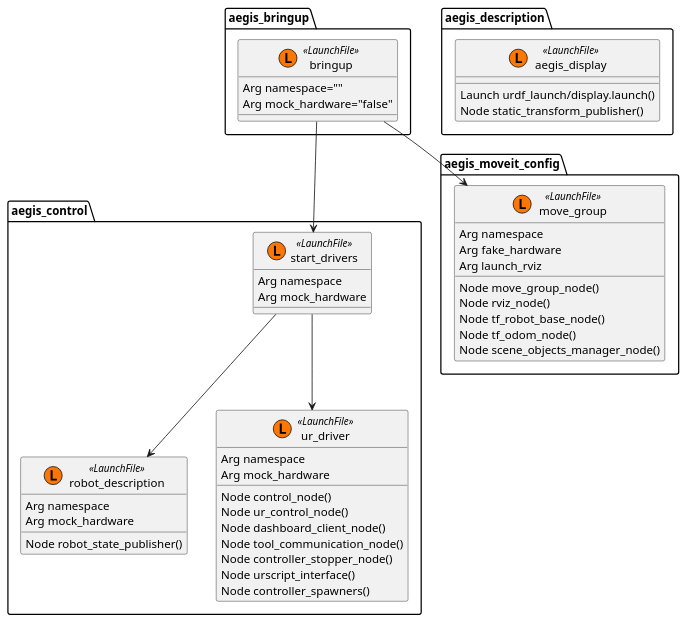
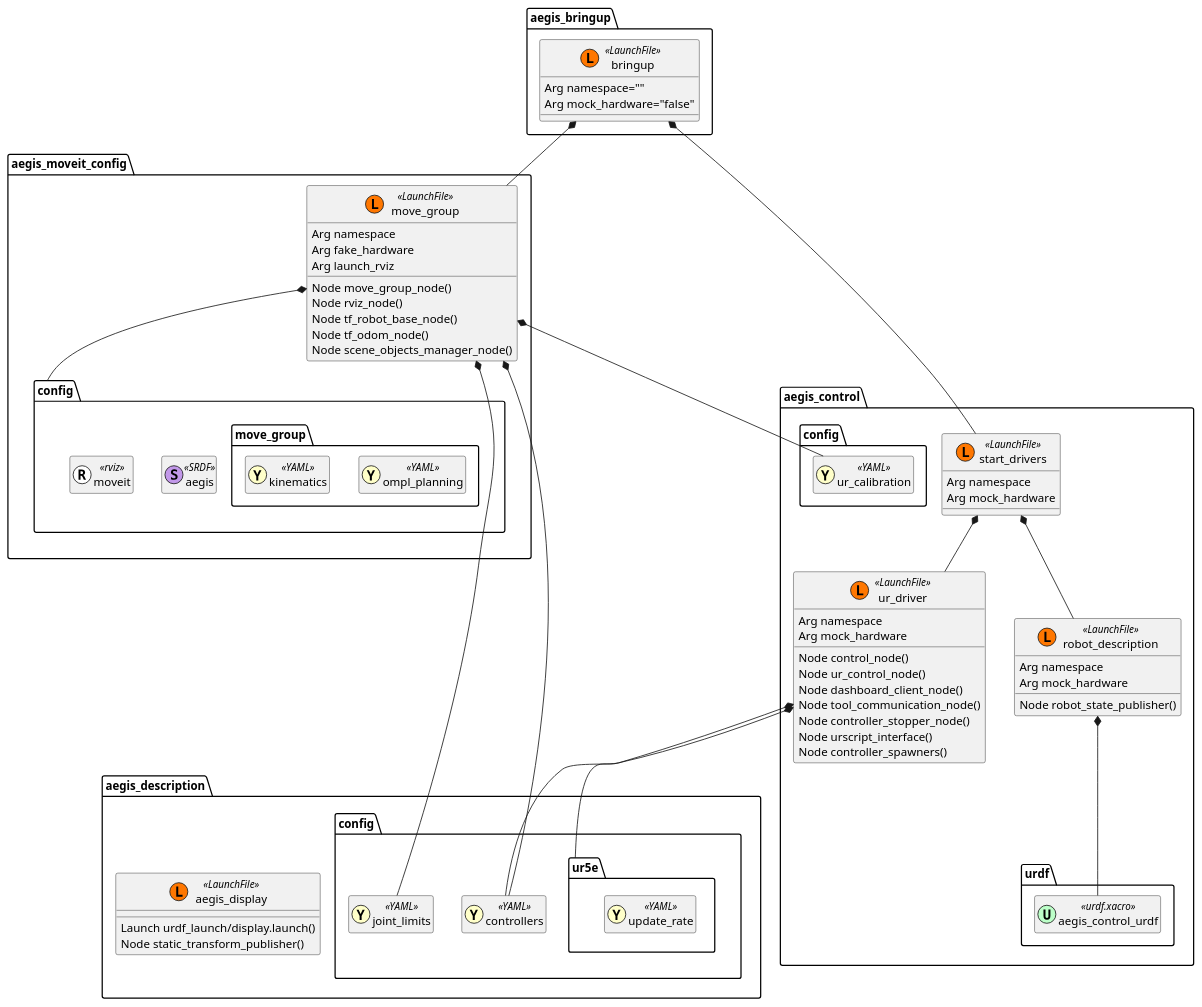
The diagram in aegis_bringup/README.md (AGH-CEAI/aegis_ros), drawn with PlantUML before and after one commit. The commit also changed 3 other files, not shown here.

````diff
--- a/aegis_bringup/README.md
+++ b/aegis_bringup/README.md
@@ -76,12 +76,28 @@
         Node controller_spawners()
     }
 
+    package config {
+        class ur_calibration << (Y,#ffffc9) YAML >> {}
+    }
+
+    package urdf {
+        class aegis_control_urdf << (U,#bcffc8) urdf.xacro >> {}
+    }
+
 }
 
 package aegis_description {
     class aegis_display << (L,#FF7700) LaunchFile >> {
         Launch urdf_launch/display.launch()
         Node static_transform_publisher()
+    }
+
+    package config {
+        class controllers << (Y,#ffffc9) YAML >> {}
+        class joint_limits << (Y,#ffffc9) YAML >> {}
+        package ur5e {
+            class update_rate << (Y,#ffffc9) YAML >> {}
+        }
     }
 }
 
@@ -96,14 +112,35 @@
         Node tf_odom_node()
         Node scene_objects_manager_node()
     }
+    package config {
+        class aegis << (S,#c298e9) SRDF >> {}
+        package move_group {
+            class ompl_planning << (Y,#ffffc9) YAML >> {}
+            class kinematics << (Y,#ffffc9) YAML >> {}
+        }
+        class moveit << (R,#ffffff) rviz >> {}
+    }
 }
 
 
-aegis_bringup.bringup --> aegis_control.start_drivers
-aegis_bringup.bringup --> aegis_moveit_config.move_group
-aegis_control.start_drivers --> aegis_control.robot_description
-aegis_control.start_drivers --> aegis_control.ur_driver
+aegis_bringup.bringup *-- aegis_control.start_drivers
+aegis_bringup.bringup *-- aegis_moveit_config.move_group
+
+aegis_control.start_drivers *-- aegis_control.robot_description
+aegis_control.start_drivers *-- aegis_control.ur_driver
+aegis_control.robot_description *-- aegis_control.urdf.aegis_control_urdf
+aegis_control.ur_driver *-- aegis_description.config.ur5e
+aegis_control.ur_driver *-- aegis_description.config.controllers
+
+aegis_moveit_config.move_group *-- aegis_moveit_config.config
+aegis_moveit_config.move_group *-- aegis_description.config.controllers
+aegis_moveit_config.move_group *-- aegis_description.config.joint_limits
+aegis_moveit_config.move_group *-- aegis_control.config.ur_calibration
 
 skinparam classAttributeIconSize 0
+hide << YAML >> members
+hide << urdf.xacro >> members
+hide << SRDF >> members
+hide << rviz >> members
 @enduml
 ```
````
